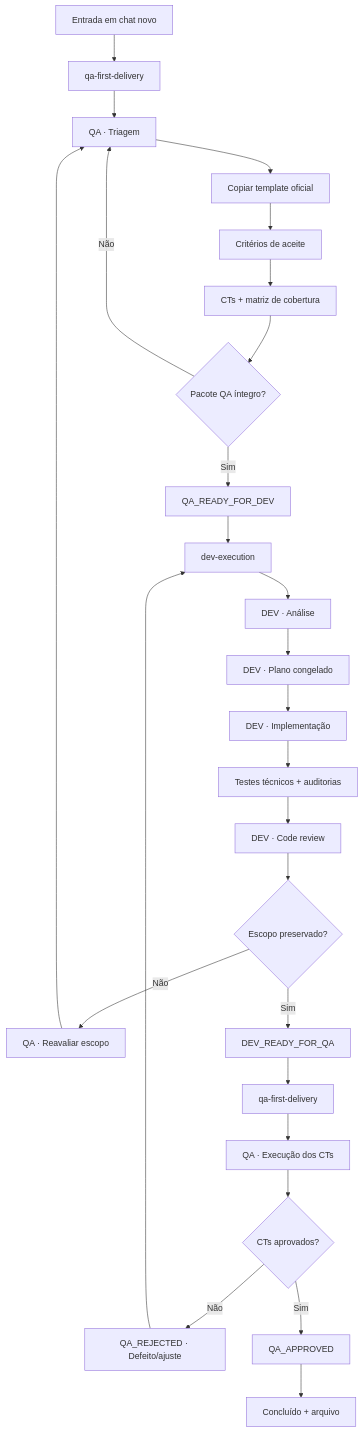
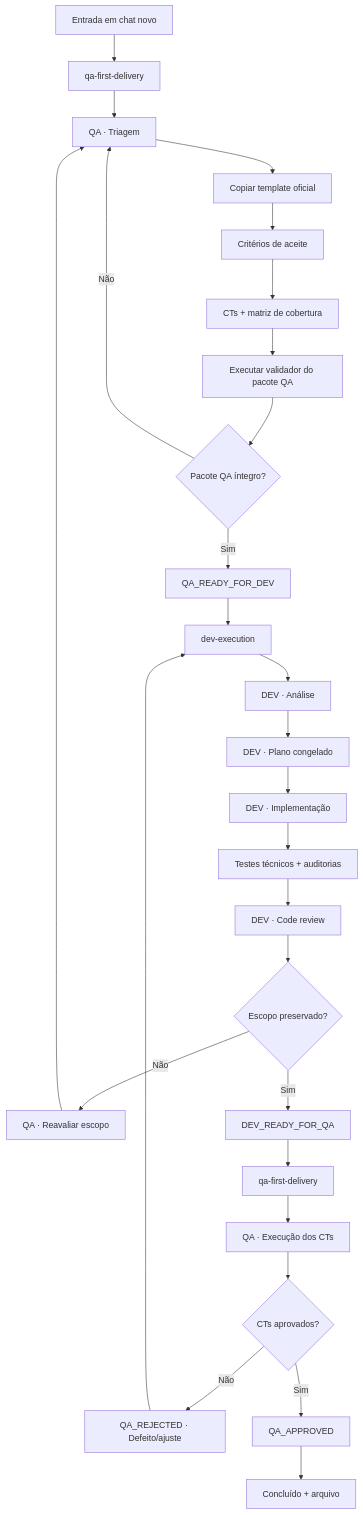
Before and after one commit to RafaCartaxo/operating-vault: the first of 2 diagrams in 01 Board/Processos/04 - Fluxo QA DEV.md, drawn with Mermaid. The commit also changed other lines of this file and 8 other files, not shown here.

````diff
--- a/01 Board/Processos/04 - Fluxo QA DEV.md
+++ b/01 Board/Processos/04 - Fluxo QA DEV.md
@@ -19,28 +19,29 @@
 ```mermaid
 flowchart TD
     A[Entrada em chat novo] --> B[qa-first-delivery]
     B --> C[QA · Triagem]
     C --> D[Copiar template oficial]
     D --> E[Critérios de aceite]
     E --> F[CTs + matriz de cobertura]
-    F --> G{Pacote QA íntegro?}
-    G -- Não --> C
-    G -- Sim --> H[QA_READY_FOR_DEV]
-    H --> I[dev-execution]
-    I --> J[DEV · Análise]
-    J --> K[DEV · Plano congelado]
-    K --> L[DEV · Implementação]
-    L --> M[Testes técnicos + auditorias]
-    M --> N[DEV · Code review]
-    N --> O{Escopo preservado?}
-    O -- Não --> P[QA · Reavaliar escopo]
-    P --> C
-    O -- Sim --> Q[DEV_READY_FOR_QA]
-    Q --> R[qa-first-delivery]
-    R --> S[QA · Execução dos CTs]
-    S --> T{CTs aprovados?}
-    T -- Não --> U[QA_REJECTED · Defeito/ajuste]
-    U --> I
-    T -- Sim --> V[QA_APPROVED]
-    V --> W[Concluído + arquivo]
+    F --> G[Executar validador do pacote QA]
+    G --> H{Pacote QA íntegro?}
+    H -- Não --> C
+    H -- Sim --> I[QA_READY_FOR_DEV]
+    I --> J[dev-execution]
+    J --> K[DEV · Análise]
+    K --> L[DEV · Plano congelado]
+    L --> M[DEV · Implementação]
+    M --> N[Testes técnicos + auditorias]
+    N --> O[DEV · Code review]
+    O --> P{Escopo preservado?}
+    P -- Não --> Q[QA · Reavaliar escopo]
+    Q --> C
+    P -- Sim --> R[DEV_READY_FOR_QA]
+    R --> S[qa-first-delivery]
+    S --> T[QA · Execução dos CTs]
+    T --> U{CTs aprovados?}
+    U -- Não --> V[QA_REJECTED · Defeito/ajuste]
+    V --> J
+    U -- Sim --> W[QA_APPROVED]
+    W --> X[Concluído + arquivo]
 ```
````
